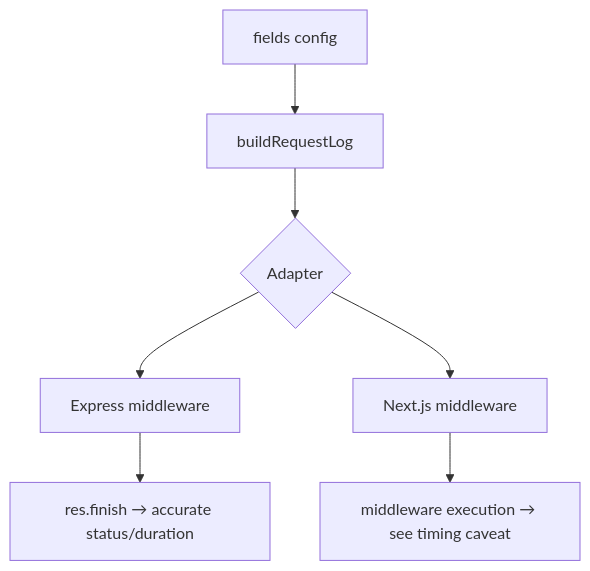
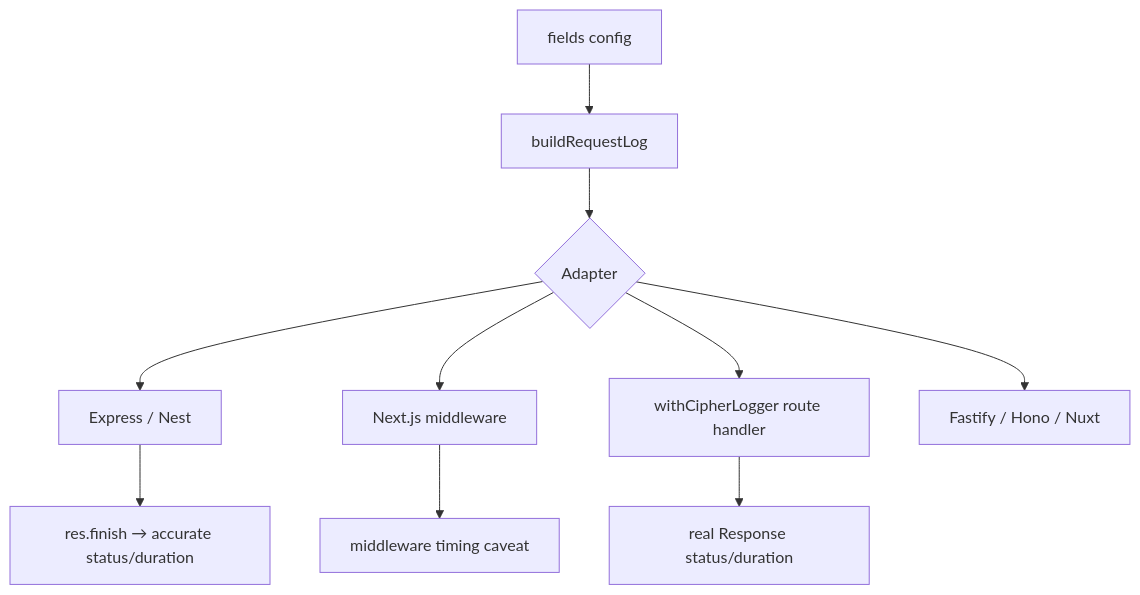
One commit to cipherunits/CipherLogger changed the diagram in docs/advanced/architecture.md. Above: the diagram before and after it, drawn with Mermaid. The commit also changed other lines of this file and 28 other files, not shown here.

````diff
--- a/docs/advanced/architecture.md
+++ b/docs/advanced/architecture.md
@@ -24,9 +27,12 @@
 ```mermaid
 flowchart TB
     A[fields config] --> B[buildRequestLog]
     B --> C{Adapter}
-    C --> D[Express middleware]
+    C --> D[Express / Nest]
     C --> E[Next.js middleware]
-    D --> F[res.finish → accurate status/duration]
-    E --> G[middleware execution → see timing caveat]
+    C --> F[withCipherLogger route handler]
+    C --> G[Fastify / Hono / Nuxt]
+    D --> H[res.finish → accurate status/duration]
+    F --> I[real Response status/duration]
+    E --> J[middleware timing caveat]
 ```
````
